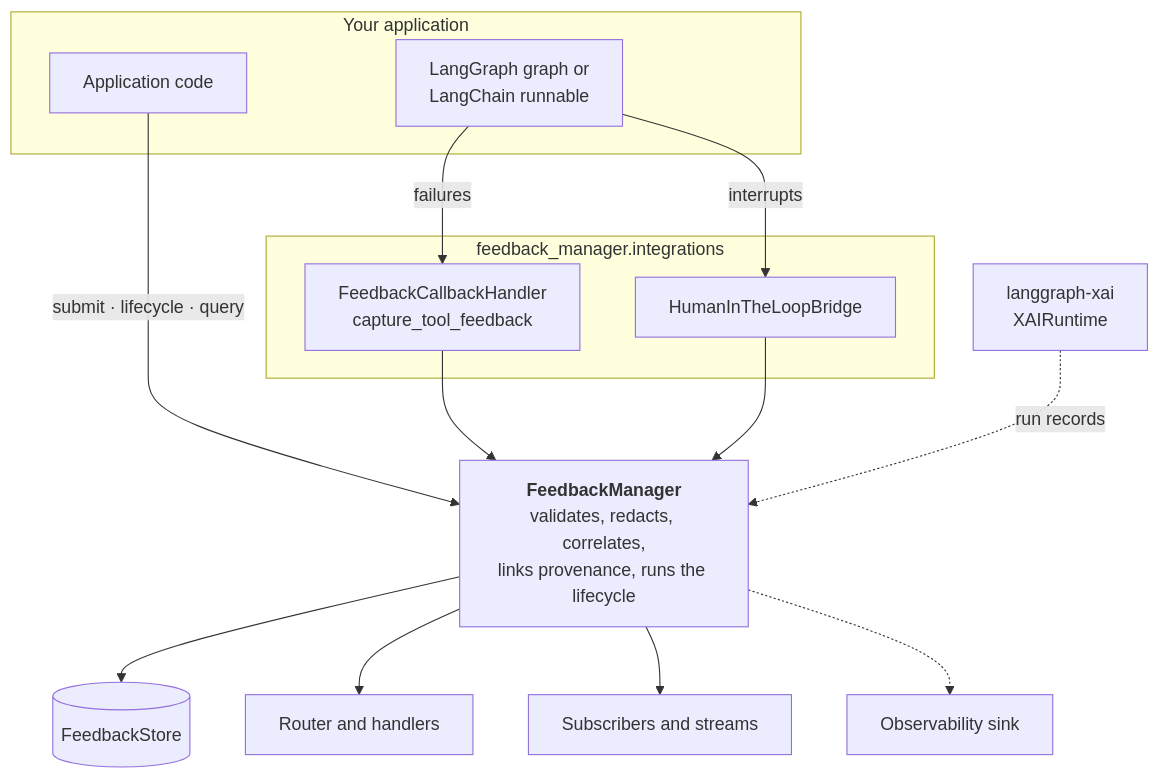
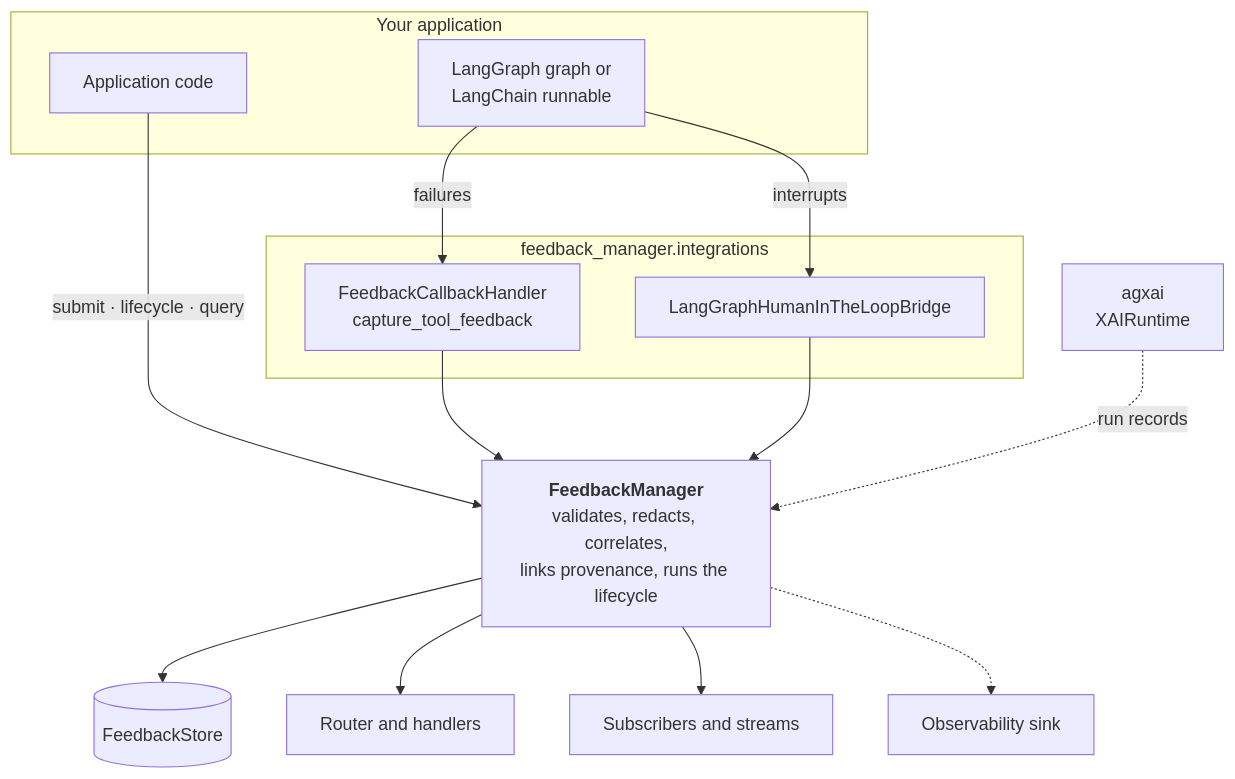
The diagram in diagrams/architecture-overview.mmd (smuniharish/feedback-manager), drawn with Mermaid before and after one commit. The commit also changed 254 other files, not shown here.

```diff
--- a/diagrams/architecture-overview.mmd
+++ b/diagrams/architecture-overview.mmd
@@ -1,29 +1,29 @@
 flowchart TB
     subgraph app["Your application"]
         code["Application code"]
         runnable["LangGraph graph or<br/>LangChain runnable"]
     end
 
     subgraph integrations["feedback_manager.integrations"]
         callbacks["FeedbackCallbackHandler<br/>capture_tool_feedback"]
-        hitl["HumanInTheLoopBridge"]
+        hitl["LangGraphHumanInTheLoopBridge"]
     end
 
     manager["<b>FeedbackManager</b><br/>validates, redacts, correlates,<br/>links provenance, runs the lifecycle"]
-    xai["langgraph-xai<br/>XAIRuntime"]
+    xai["agxai<br/>XAIRuntime"]
 
     store[("FeedbackStore")]
     handlers["Router and handlers"]
     push["Subscribers and streams"]
     sink["Observability sink"]
 
     code -- "submit · lifecycle · query" --> manager
     runnable -- "failures" --> callbacks
     runnable -- "interrupts" --> hitl
     callbacks --> manager
     hitl --> manager
     xai -. "run records" .-> manager
     manager --> store
     manager --> handlers
     manager --> push
     manager -.-> sink
```
